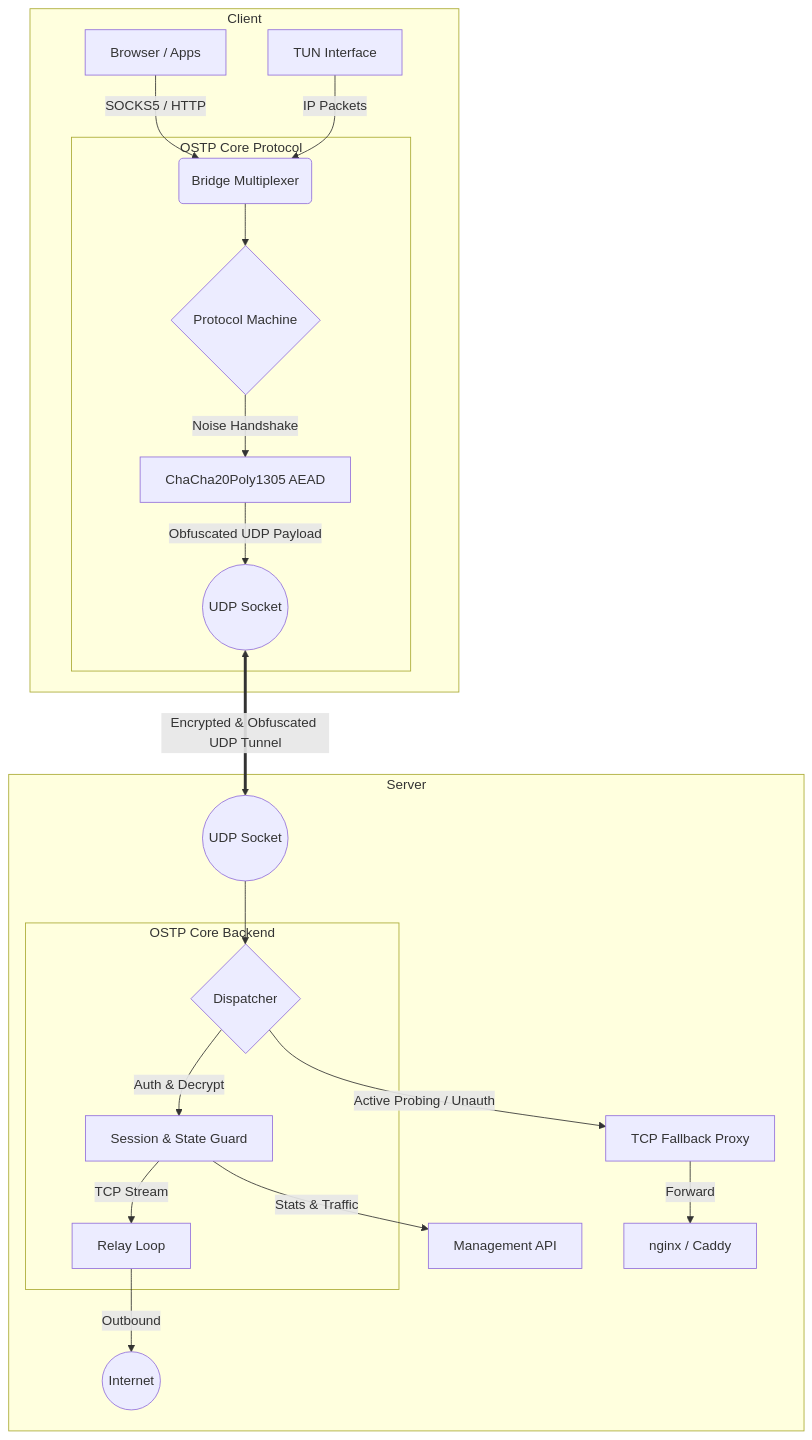
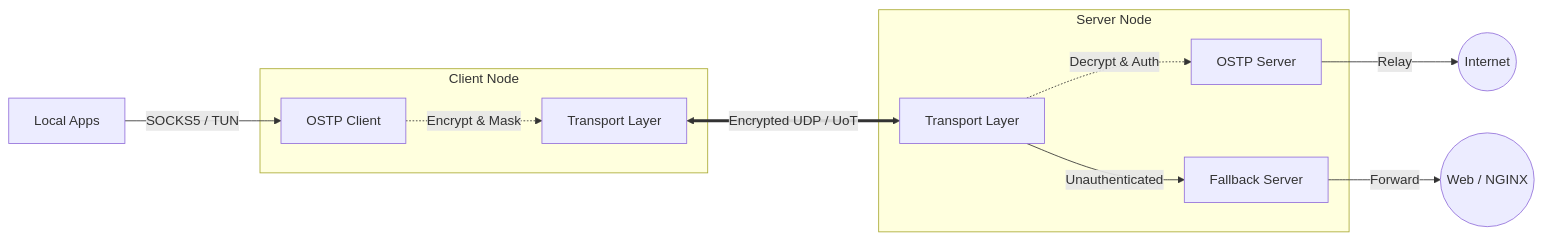
One commit to POSTiGA1/Tunnel-OSTP changed the diagram in README.md. Above: the diagram before and after it, drawn with Mermaid. The commit also changed other lines of this file and 26 other files, not shown here.

````diff
--- a/README.md
+++ b/README.md
@@ -61,31 +37,18 @@
 ```mermaid
-graph TD
-    subgraph Client ["Client"]
-        A[Browser / Apps] -->|SOCKS5 / HTTP| B(Bridge Multiplexer)
-        TUN[TUN Interface] -->|IP Packets| B
-        
-        subgraph OSTPCoreClient ["OSTP Core Protocol"]
-            B --> C{Protocol Machine}
-            C -->|Noise Handshake| D[ChaCha20Poly1305 AEAD]
-            D -->|Obfuscated UDP Payload| E((UDP Socket))
-        end
+flowchart LR
+    Apps[Local Apps] -->|SOCKS5 / TUN| CoreC
+
+    subgraph Client [Client Node]
+        CoreC[OSTP Client] -.->|Encrypt & Mask| NetC[Transport Layer]
     end
 
-    E <==>|Encrypted & Obfuscated UDP Tunnel| F
+    NetC <==>|Encrypted UDP / UoT| NetS
 
-    subgraph Server ["Server"]
-        F((UDP Socket)) --> G{Dispatcher}
-        
-        subgraph OSTPCoreServer ["OSTP Core Backend"]
-            G -->|Auth & Decrypt| H[Session & State Guard]
-            H -->|TCP Stream| I[Relay Loop]
-        end
-        
-        G -->|Active Probing / Unauth| FB[TCP Fallback Proxy]
-        FB -->|Forward| NGINX[nginx / Caddy]
-        
-        H -->|Stats & Traffic| API[Management API]
-        
-        I -->|Outbound| WWW((Internet))
+    subgraph Server [Server Node]
+        NetS[Transport Layer] -.->|Decrypt & Auth| CoreS[OSTP Server]
+        NetS -->|Unauthenticated| Fallback[Fallback Server]
     end
+
+    CoreS -->|Relay| WWW((Internet))
+    Fallback -->|Forward| Web((Web / NGINX))
 ```
````
